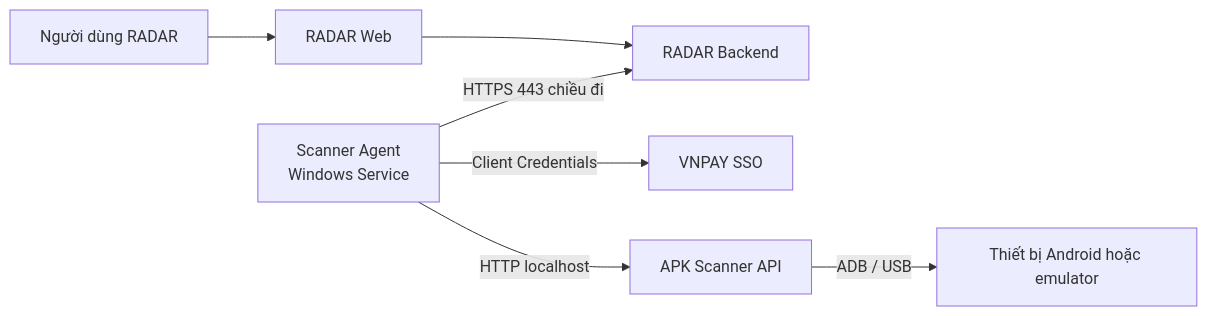
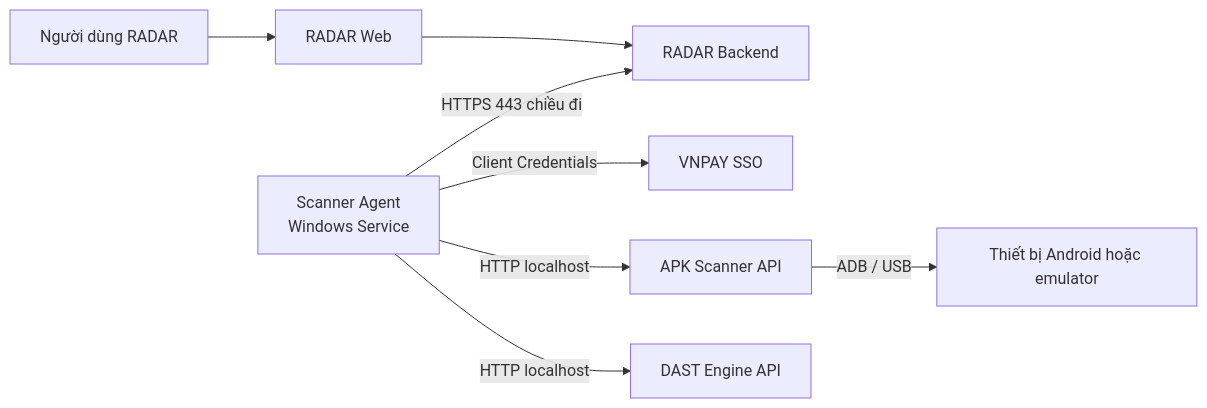
Before and after one commit to xuancanhit99/vnpay-radar-scanner-agent: the diagram in README.md, drawn with Mermaid. The commit also changed other lines of this file and 23 other files, not shown here.

Commit message:
feat(dast): add engine worker support

````diff
--- a/README.md
+++ b/README.md
@@ -19,9 +19,10 @@
 ```mermaid
 flowchart LR
     User["Người dùng RADAR"] --> Web["RADAR Web"]
     Web --> Backend["RADAR Backend"]
     Agent["Scanner Agent<br/>Windows Service"] -->|"HTTPS 443 chiều đi"| Backend
     Agent -->|"Client Credentials"| SSO["VNPAY SSO"]
     Agent -->|"HTTP localhost"| Scanner["APK Scanner API"]
     Scanner -->|"ADB / USB"| Device["Thiết bị Android hoặc emulator"]
+    Agent -->|"HTTP localhost"| Dast["DAST Engine API"]
 ```
````
